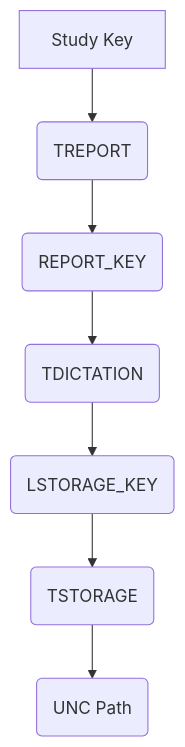
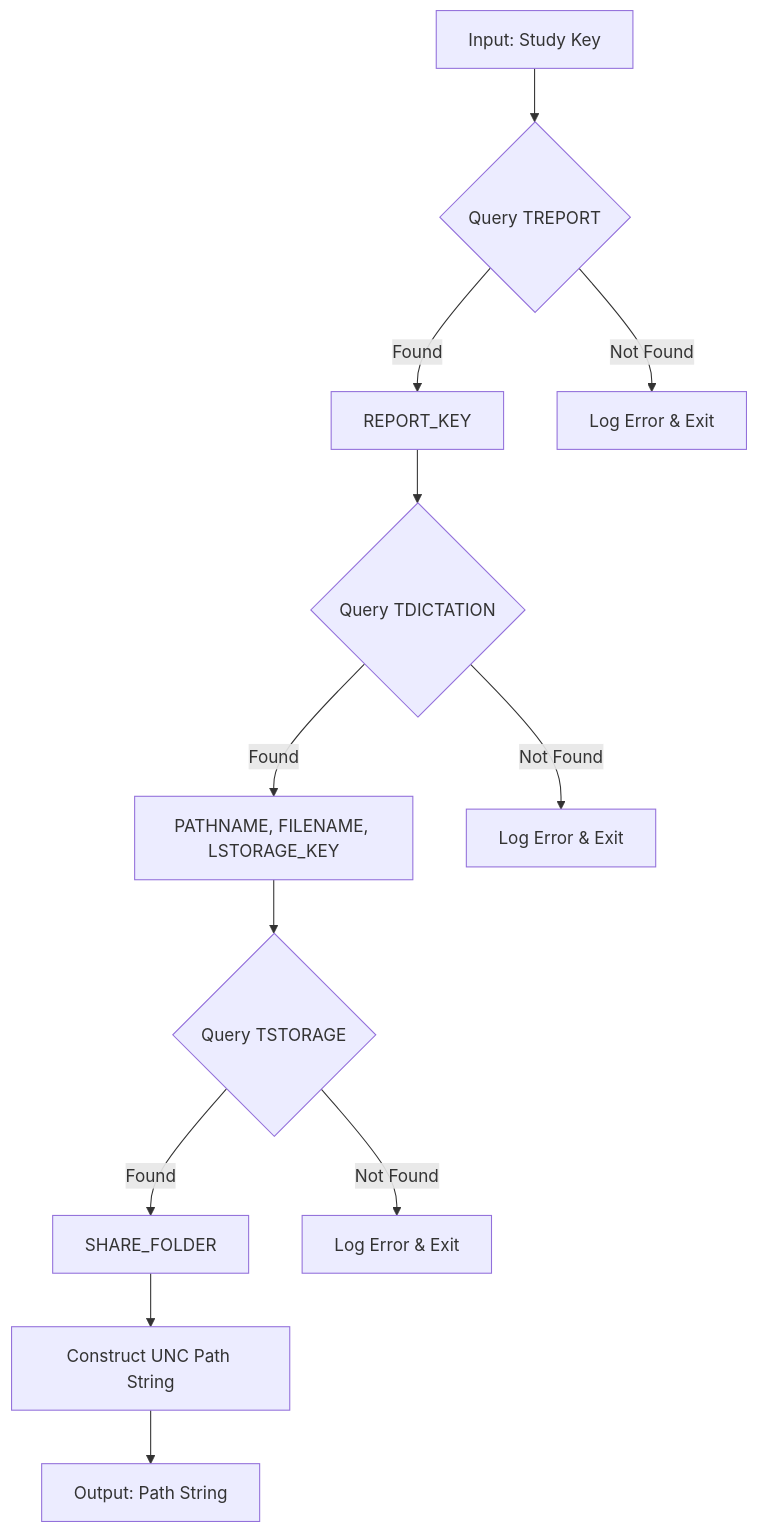
The diagram in docs/modules/query.md (alirzamahmoodi/SRwithenhancedSOP), drawn with Mermaid before and after one commit. The commit also changed other lines of this file and 40 other files, not shown here.

````diff
--- a/docs/modules/query.md
+++ b/docs/modules/query.md
@@ -33,9 +32,14 @@
-   ```mermaid
-   graph TD
-     A[Study Key] --> B(TREPORT)
-     B --> C(REPORT_KEY)
-     C --> D(TDICTATION)
-     D --> E(LSTORAGE_KEY)
-     E --> F(TSTORAGE)
-     F --> G(UNC Path)
-   ```
+```mermaid
+graph TD
+    A[Input: Study Key] --> B{Query TREPORT}
+    B -- Found --> C[REPORT_KEY]
+    C --> D{Query TDICTATION}
+    D -- Found --> E[PATHNAME, FILENAME, LSTORAGE_KEY]
+    E --> F{Query TSTORAGE}
+    F -- Found --> G[SHARE_FOLDER]
+    G --> H[Construct UNC Path String]
+    H --> I[Output: Path String]
+    B -- Not Found --> X1[Log Error & Exit]
+    D -- Not Found --> X2[Log Error & Exit]
+    F -- Not Found --> X3[Log Error & Exit]
+```
````
